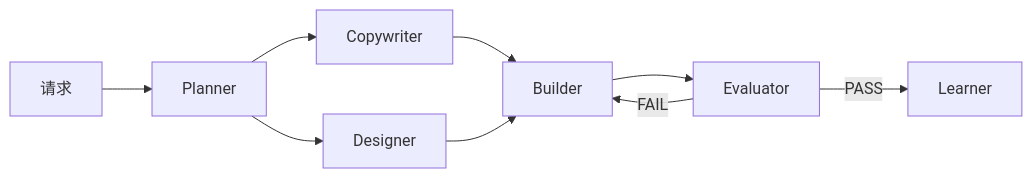
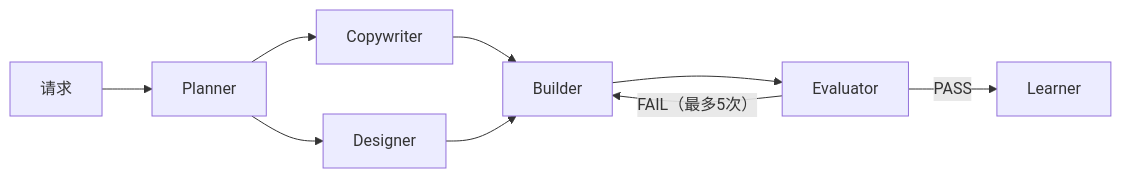
Before and after one commit to modu-ai/moai-adk: the seventh of 7 diagrams in README.zh.md, drawn with Mermaid. The commit also changed other lines of this file and 3 other files, not shown here.

````diff
--- a/README.zh.md
+++ b/README.zh.md
@@ -881,11 +881,11 @@
 ```mermaid
 flowchart LR
     REQ[请求] --> P[Planner]
     P --> C[Copywriter]
     P --> D[Designer]
     C --> B[Builder]
     D --> B
     B --> E[Evaluator]
-    E -->|FAIL| B
+    E -->|"FAIL（最多5次）"| B
     E -->|PASS| L[Learner]
 ```
````
